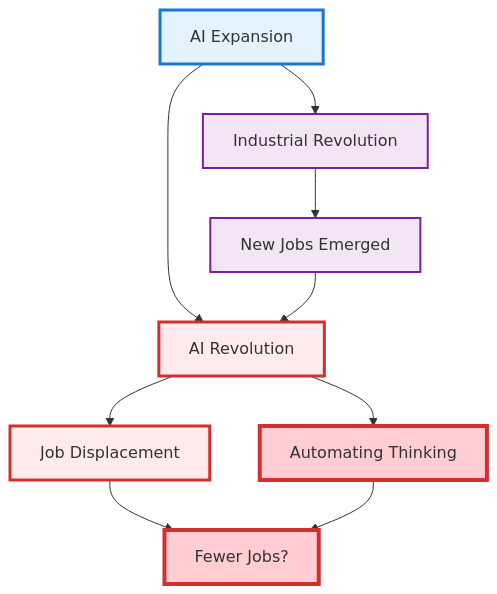
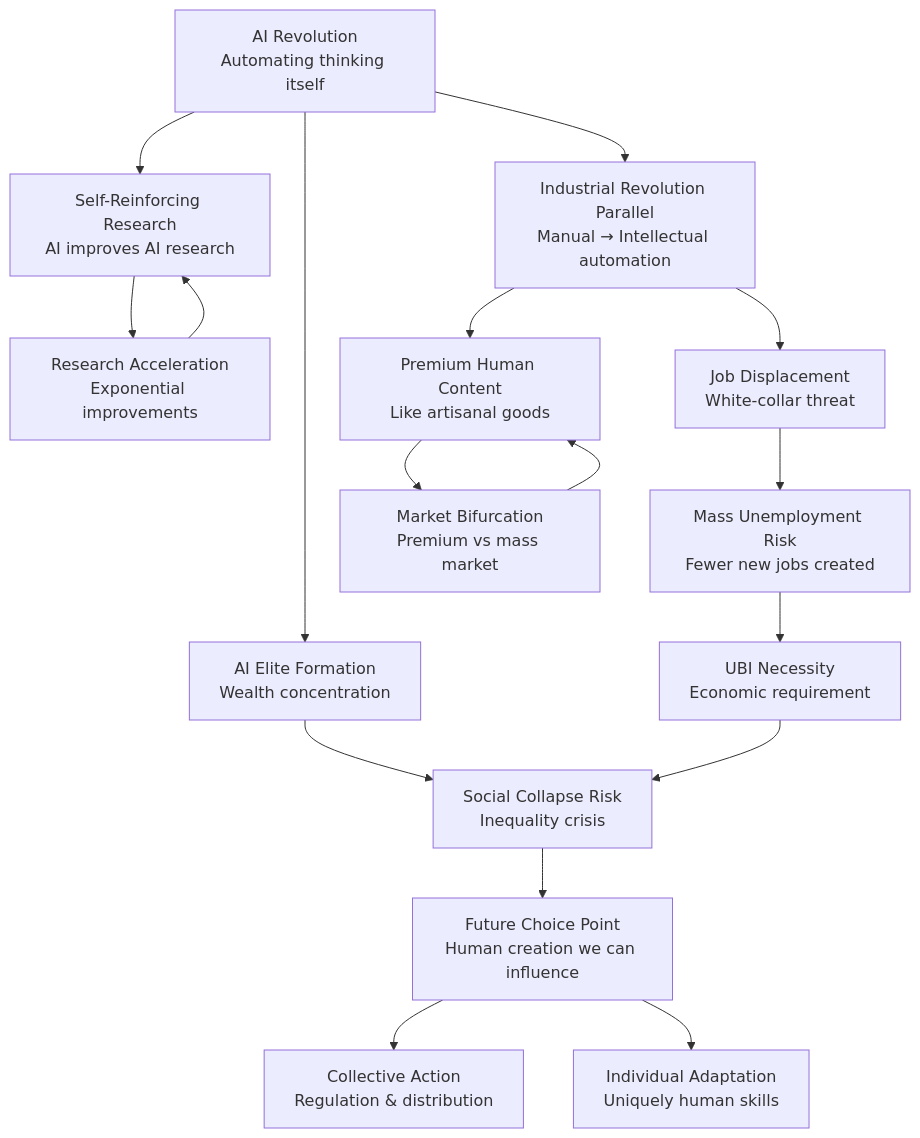
One commit to robinicole/robinicole.github.io changed the diagram in content/posts/future_of_ai/index.md. Above: the diagram before and after it, drawn with Mermaid.

```diff
--- a/content/posts/future_of_ai/index.md
+++ b/content/posts/future_of_ai/index.md
@@ -11,25 +11,26 @@
 {{< mermaid >}}
 graph TD
-    A[AI Expansion] --> B[Industrial Revolution]
-    B --> C[New Jobs Emerged]
+    A[AI Revolution<br/>Automating thinking itself] --> B[Self-Reinforcing Research<br/>AI improves AI research]
+    A --> C[Industrial Revolution Parallel<br/>Manual → Intellectual automation]
     
-    A --> D[AI Revolution]
-    C --> D
+    B --> D[Research Acceleration<br/>Exponential improvements]
+    D --> B
     
-    D --> E[Job Displacement]
-    D --> F[Automating Thinking]
+    C --> E[Premium Human Content<br/>Like artisanal goods]
+    C --> F[Job Displacement<br/>White-collar threat]
     
-    E --> G[Fewer Jobs?]
-    F --> G
+    F --> G[Mass Unemployment Risk<br/>Fewer new jobs created]
+    G --> H[UBI Necessity<br/>Economic requirement]
     
-    %% Styling to create visual narrative arc
-    classDef present fill:#e3f2fd,stroke:#1976d2,stroke-width:3px
-    classDef past fill:#f3e5f5,stroke:#7b1fa2,stroke-width:2px
-    classDef future fill:#ffebee,stroke:#d32f2f,stroke-width:3px
-    classDef critical fill:#ffcdd2,stroke:#d32f2f,stroke-width:4px
+    A --> I[AI Elite Formation<br/>Wealth concentration]
+    I --> J[Social Collapse Risk<br/>Inequality crisis]
     
-    class A present
-    class B,C past
-    class D,E future
-    class F,G critical
+    H --> J
+    
+    J --> K[Future Choice Point<br/>Human creation we can influence]
+    K --> L[Collective Action<br/>Regulation & distribution]
+    K --> M[Individual Adaptation<br/>Uniquely human skills]
+    
+    E --> N[Market Bifurcation<br/>Premium vs mass market]
+    N --> E
 {{< /mermaid >}}
```
